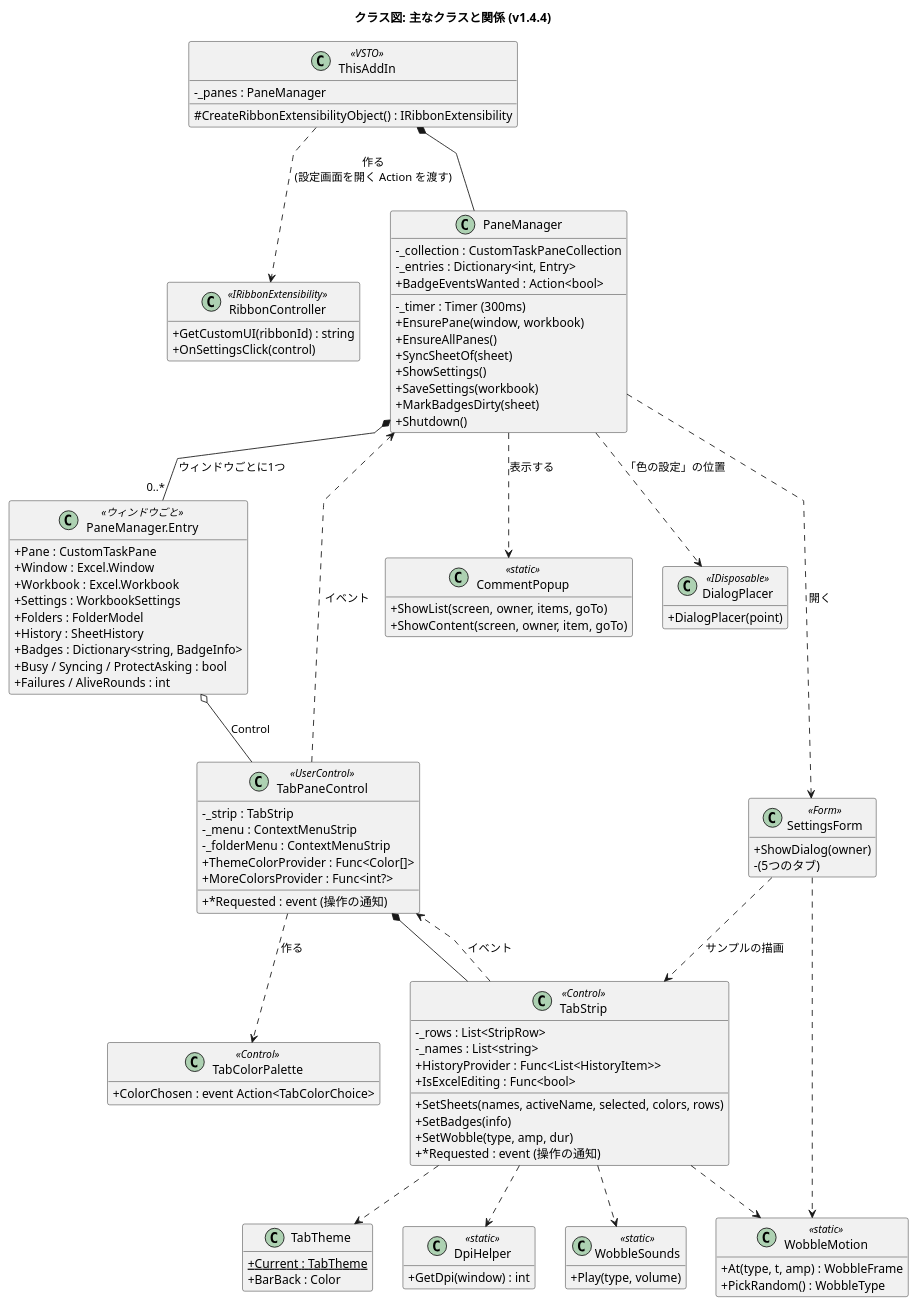
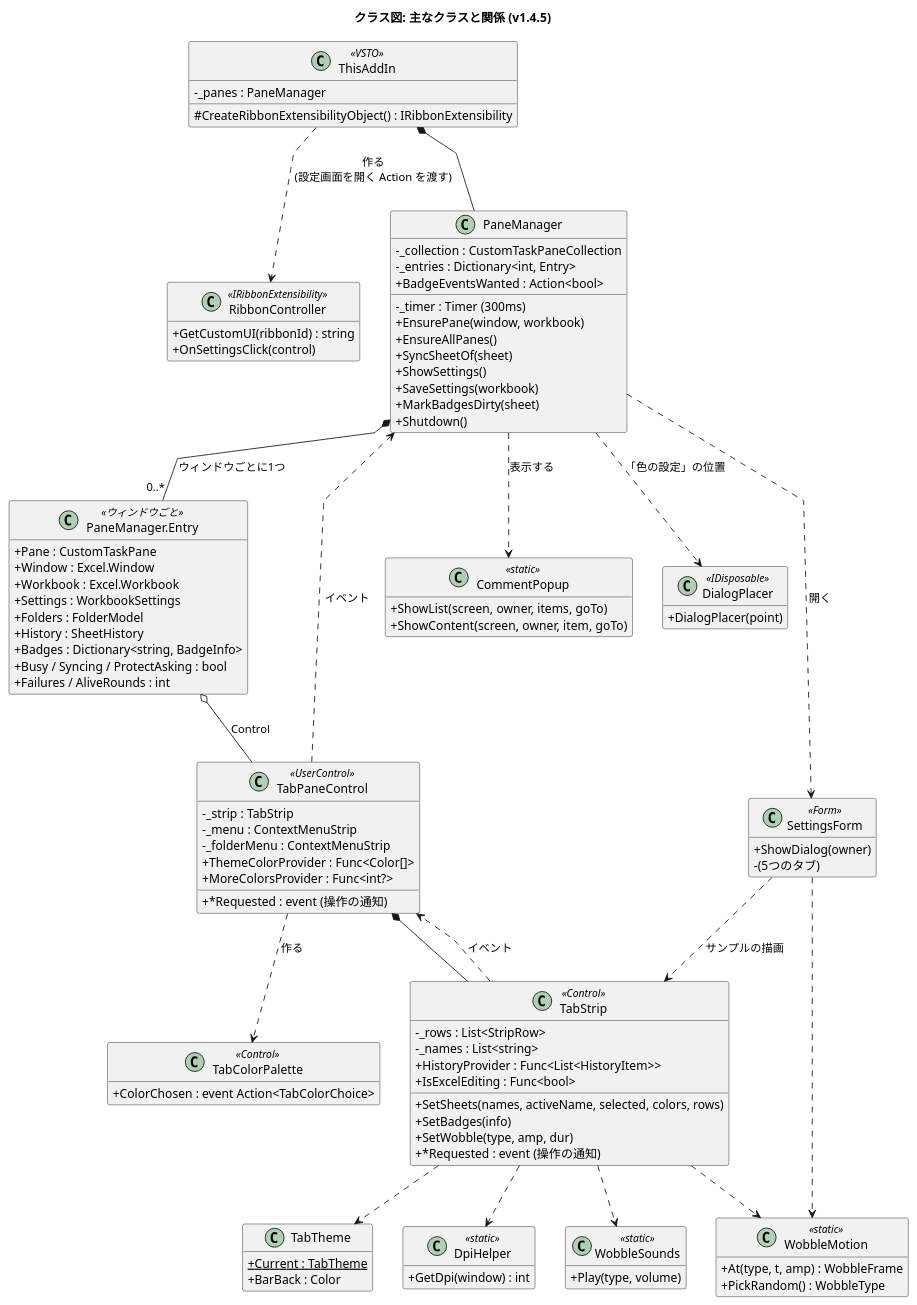
One commit to nk-taka623/VerticalSheetTabs changed the diagram in docs/class-structure.puml. Above: the diagram before and after it, drawn with PlantUML. The commit also changed 14 other files, not shown here.

Commit message:
v1.4.5 にする (バージョン、README の変更点、設計図の版数)

```diff
--- a/docs/class-structure.puml
+++ b/docs/class-structure.puml
@@ -1,117 +1,117 @@
 @startuml
-title クラス図: 主なクラスと関係 (v1.4.4)
+title クラス図: 主なクラスと関係 (v1.4.5)
 skinparam shadowing false
 skinparam classAttributeIconSize 0
 skinparam linetype polyline
 hide empty members
 
 class ThisAddIn <<VSTO>> {
   -_panes : PaneManager
   #CreateRibbonExtensibilityObject() : IRibbonExtensibility
 }
 
 class RibbonController <<IRibbonExtensibility>> {
   +GetCustomUI(ribbonId) : string
   +OnSettingsClick(control)
 }
 
 class PaneManager {
   -_collection : CustomTaskPaneCollection
   -_entries : Dictionary<int, Entry>
   -_timer : Timer (300ms)
   +BadgeEventsWanted : Action<bool>
   +EnsurePane(window, workbook)
   +EnsureAllPanes()
   +SyncSheetOf(sheet)
   +ShowSettings()
   +SaveSettings(workbook)
   +MarkBadgesDirty(sheet)
   +Shutdown()
 }
 
 class "PaneManager.Entry" as Entry <<ウィンドウごと>> {
   +Pane : CustomTaskPane
   +Window : Excel.Window
   +Workbook : Excel.Workbook
   +Settings : WorkbookSettings
   +Folders : FolderModel
   +History : SheetHistory
   +Badges : Dictionary<string, BadgeInfo>
   +Busy / Syncing / ProtectAsking : bool
   +Failures / AliveRounds : int
 }
 
 class TabPaneControl <<UserControl>> {
   -_strip : TabStrip
   -_menu : ContextMenuStrip
   -_folderMenu : ContextMenuStrip
   +ThemeColorProvider : Func<Color[]>
   +MoreColorsProvider : Func<int?>
   +*Requested : event (操作の通知)
 }
 
 class TabStrip <<Control>> {
   -_rows : List<StripRow>
   -_names : List<string>
   +SetSheets(names, activeName, selected, colors, rows)
   +SetBadges(info)
   +SetWobble(type, amp, dur)
   +*Requested : event (操作の通知)
   +HistoryProvider : Func<List<HistoryItem>>
   +IsExcelEditing : Func<bool>
 }
 
 class TabColorPalette <<Control>> {
   +ColorChosen : event Action<TabColorChoice>
 }
 
 class SettingsForm <<Form>> {
   +ShowDialog(owner)
   -(5つのタブ)
 }
 
 class CommentPopup <<static>> {
   +ShowList(screen, owner, items, goTo)
   +ShowContent(screen, owner, item, goTo)
 }
 
 class DialogPlacer <<IDisposable>> {
   +DialogPlacer(point)
 }
 
 class TabTheme {
   +Current : TabTheme {static}
   +BarBack : Color
 }
 
 class DpiHelper <<static>> {
   +GetDpi(window) : int
 }
 
 class WobbleMotion <<static>> {
   +At(type, t, amp) : WobbleFrame
   +PickRandom() : WobbleType
 }
 
 class WobbleSounds <<static>> {
   +Play(type, volume)
 }
 
 ThisAddIn *-- PaneManager
 ThisAddIn ..> RibbonController : 作る\n(設定画面を開く Action を渡す)
 PaneManager *-- "0..*" Entry : ウィンドウごとに1つ
 Entry o-- TabPaneControl : Control
 TabPaneControl *-- TabStrip
 TabPaneControl ..> TabColorPalette : 作る
 TabStrip ..> TabPaneControl : イベント
 TabPaneControl ..> PaneManager : イベント
 PaneManager ..> SettingsForm : 開く
 PaneManager ..> CommentPopup : 表示する
 PaneManager ..> DialogPlacer : 「色の設定」の位置
 SettingsForm ..> TabStrip : サンプルの描画
 TabStrip ..> TabTheme
 TabStrip ..> DpiHelper
 TabStrip ..> WobbleMotion
 TabStrip ..> WobbleSounds
 SettingsForm ..> WobbleMotion
 @enduml
```
